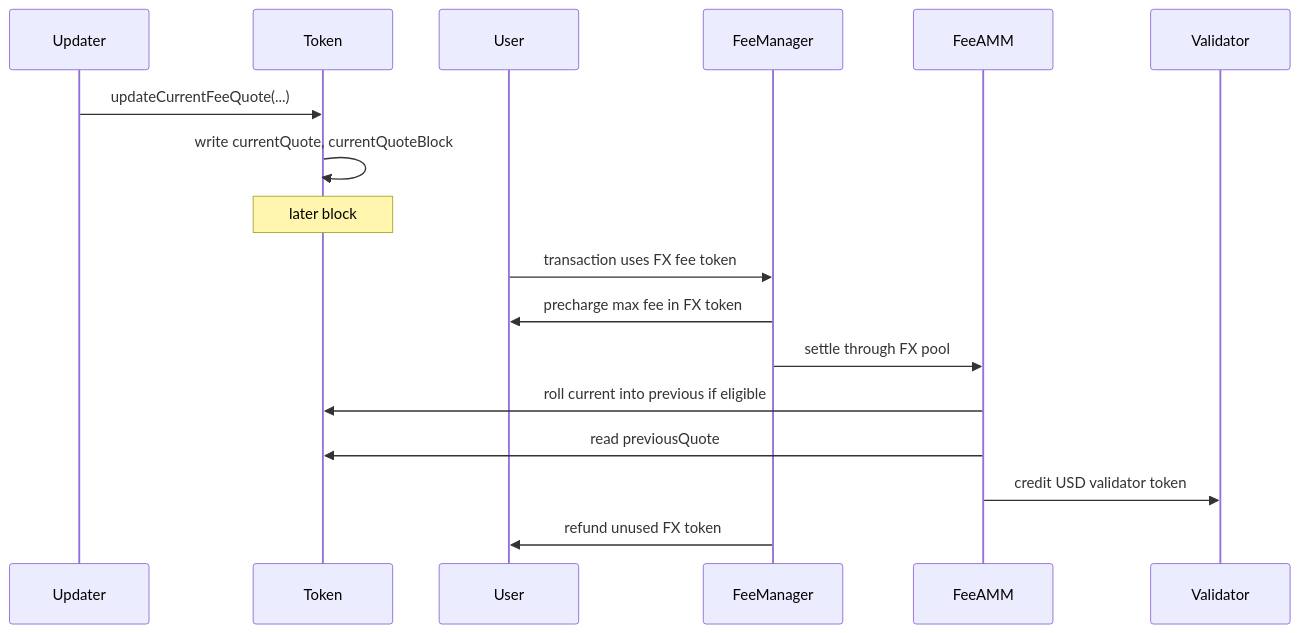
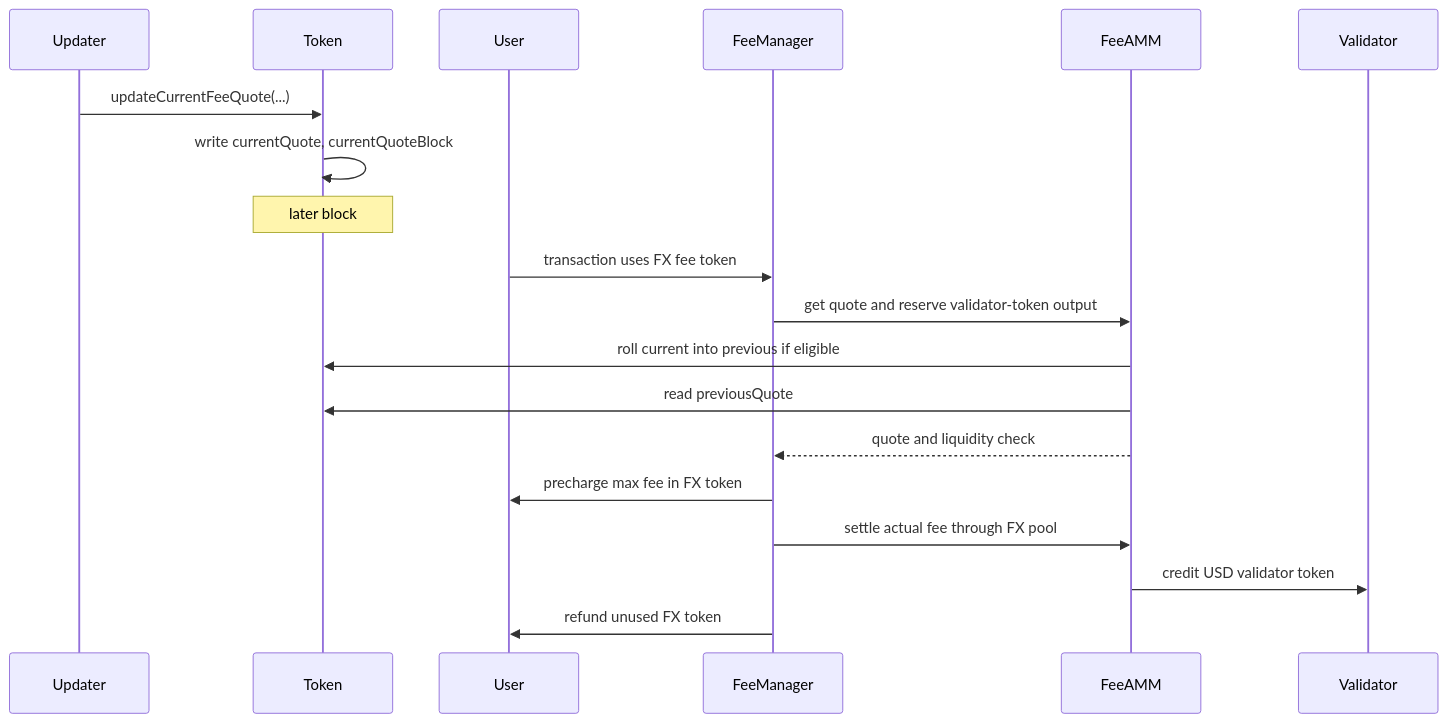
The diagram in tips/tip-1054.md (tempoxyz/tempo), drawn with Mermaid before and after one commit. The commit also changed other lines of this file, not shown here.

Commit message:
docs(tip-1054): fix fee quote ordering

````diff
--- a/tips/tip-1054.md
+++ b/tips/tip-1054.md
@@ -43,20 +43,22 @@
 ```mermaid
 sequenceDiagram
     participant Updater
     participant Token
     participant User
     participant FeeManager
     participant FeeAMM
     participant Validator
 
     Updater->>Token: updateCurrentFeeQuote(...)
     Token->>Token: write currentQuote, currentQuoteBlock
     Note over Token: later block
     User->>FeeManager: transaction uses FX fee token
-    FeeManager->>User: precharge max fee in FX token
-    FeeManager->>FeeAMM: settle through FX pool
+    FeeManager->>FeeAMM: get quote and reserve validator-token output
     FeeAMM->>Token: roll current into previous if eligible
     FeeAMM->>Token: read previousQuote
+    FeeAMM-->>FeeManager: quote and liquidity check
+    FeeManager->>User: precharge max fee in FX token
+    FeeManager->>FeeAMM: settle actual fee through FX pool
     FeeAMM->>Validator: credit USD validator token
     FeeManager->>User: refund unused FX token
 ```
````
